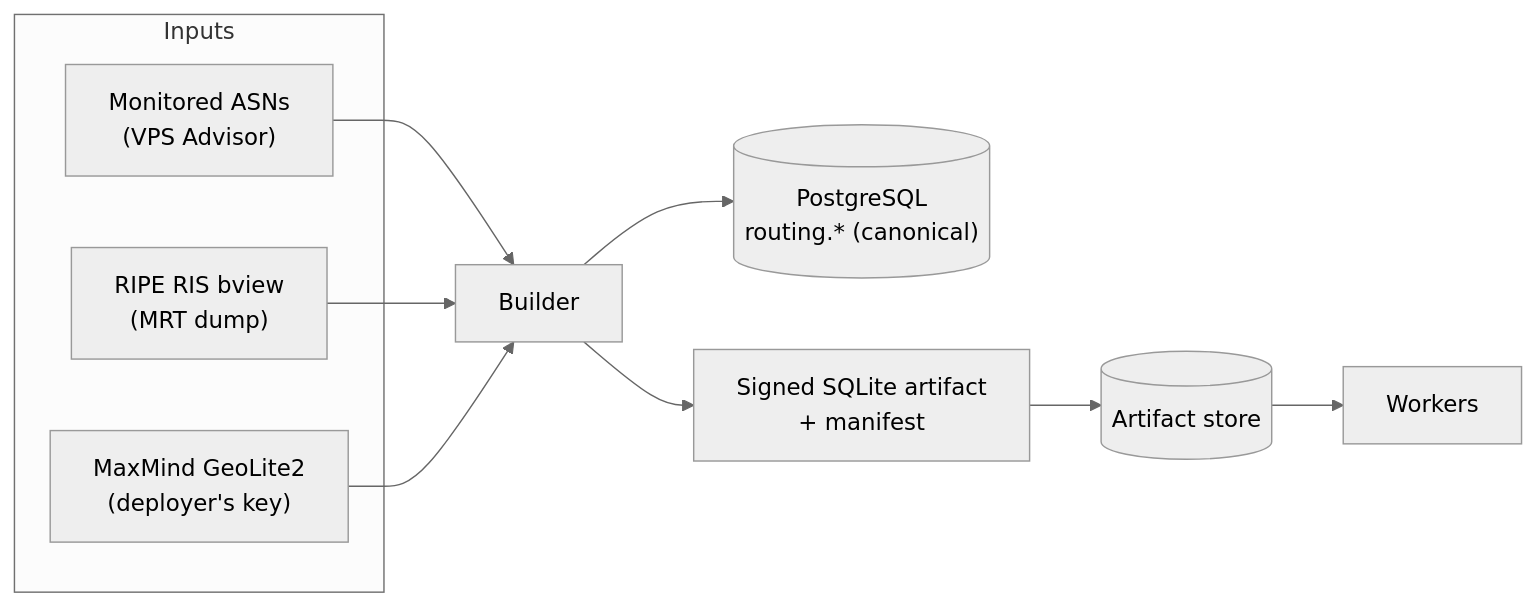
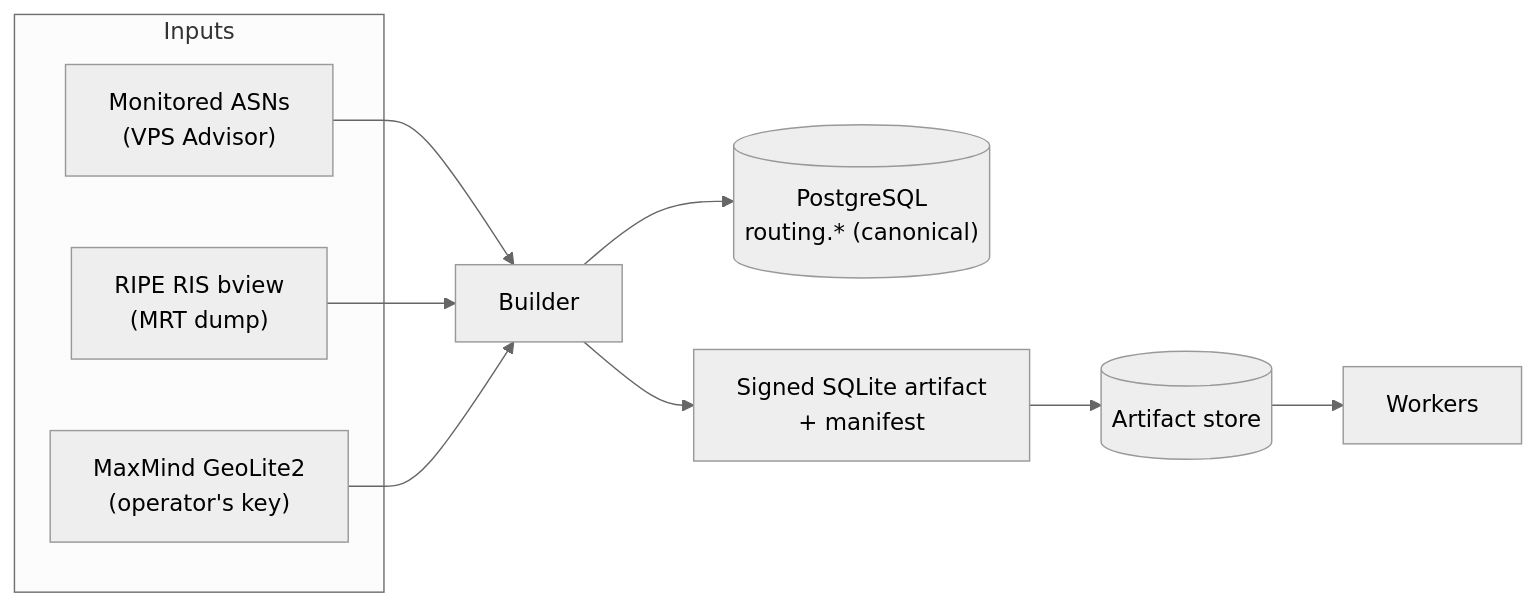
Before and after one commit to HummingByteDev/vpsa-network-discovery: the first of 2 diagrams in docs/builder/README.md, drawn with Mermaid (neutral theme). The commit also changed other lines of this file and 58 other files, not shown here.

````diff
--- a/docs/builder/README.md
+++ b/docs/builder/README.md
@@ -28,13 +29,13 @@
 ```mermaid
 flowchart LR
   subgraph Inputs
     A["Monitored ASNs<br/>(VPS Advisor)"]
     B["RIPE RIS bview<br/>(MRT dump)"]
-    G["MaxMind GeoLite2<br/>(deployer's key)"]
+    G["MaxMind GeoLite2<br/>(operator's key)"]
   end
   A & B & G --> BUILD[Builder]
   BUILD --> PG[("PostgreSQL<br/>routing.* (canonical)")]
   BUILD --> ART["Signed SQLite artifact<br/>+ manifest"]
   ART --> STORE[(Artifact store)]
   STORE --> WK[Workers]
 ```
````
